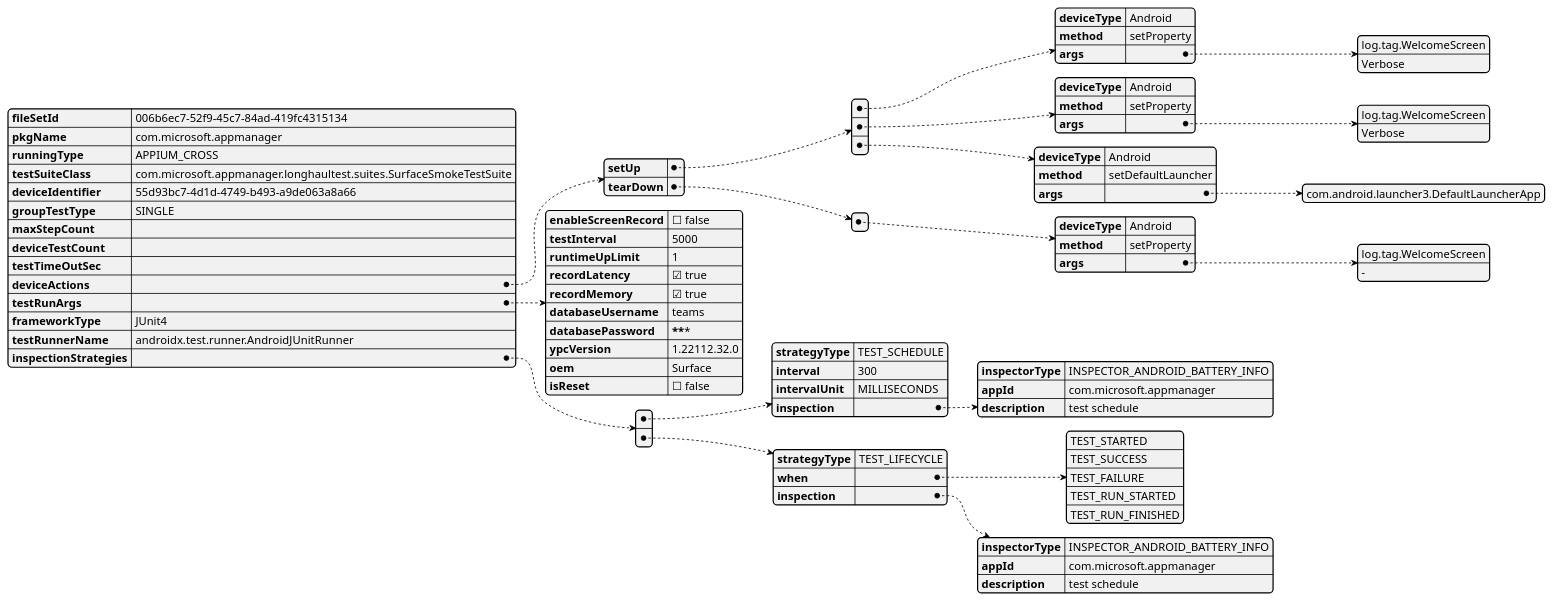
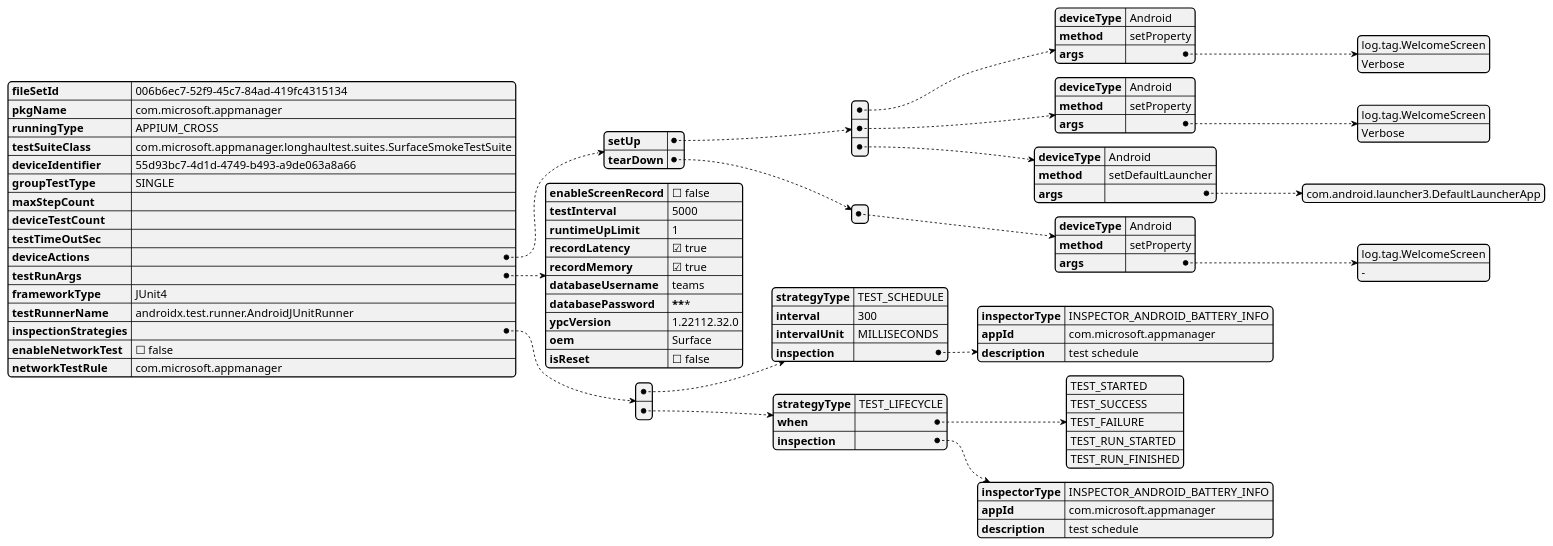
Before and after one commit to microsoft/HydraLab: the fourth of 6 diagrams in agent/doc/UML/test_runner_design.puml, drawn with PlantUML. The commit also changed 1 other file, not shown here.

```diff
--- a/agent/doc/UML/test_runner_design.puml
+++ b/agent/doc/UML/test_runner_design.puml
@@ -99,76 +99,78 @@
 @startjson test_task_spec_design
 {
     "fileSetId": "006b6ec7-52f9-45c7-84ad-419fc4315134",
     "pkgName": "com.microsoft.appmanager",
     "runningType": "APPIUM_CROSS",
     "testSuiteClass": "com.microsoft.appmanager.longhaultest.suites.SurfaceSmokeTestSuite",
     "deviceIdentifier": "55d93bc7-4d1d-4749-b493-a9de063a8a66",
     "groupTestType": "SINGLE",
     "maxStepCount": "",
     "deviceTestCount": "",
     "testTimeOutSec": "",
     "deviceActions":{
         "setUp":[{
             "deviceType":"Android",
             "method":"setProperty",
             "args": ["log.tag.WelcomeScreen","Verbose"]
         },
         {
             "deviceType":"Android",
             "method":"setProperty",
             "args": ["log.tag.WelcomeScreen","Verbose"]
         },
         {
             "deviceType":"Android",
             "method":"setDefaultLauncher",
             "args": ["com.android.launcher3.DefaultLauncherApp"]
         }],
         "tearDown":[{
             "deviceType":"Android",
             "method":"setProperty",
             "args": ["log.tag.WelcomeScreen","-"]
         }]
      },
     "testRunArgs": {
         "enableScreenRecord": false,
         "testInterval": 5000,
         "runtimeUpLimit": 1,
         "recordLatency": true,
         "recordMemory": true,
         "databaseUsername": "teams",
         "databasePassword": "***********",
         "ypcVersion": "1.22112.32.0",
         "oem": "Surface",
         "isReset": false
     },
     "frameworkType": "JUnit4",
     "testRunnerName": "androidx.test.runner.AndroidJUnitRunner",
     "inspectionStrategies": [
         {
             "strategyType": "TEST_SCHEDULE",
             "interval": 300,
             "intervalUnit": "MILLISECONDS",
             "inspection": {
                 "inspectorType": "INSPECTOR_ANDROID_BATTERY_INFO",
                 "appId": "com.microsoft.appmanager",
                 "description": "test schedule"
             }
         },
         {
              "strategyType": "TEST_LIFECYCLE",
              "when": [
                  "TEST_STARTED",
                  "TEST_SUCCESS",
                  "TEST_FAILURE",
                  "TEST_RUN_STARTED",
                  "TEST_RUN_FINISHED"
              ],
              "inspection": {
                  "inspectorType": "INSPECTOR_ANDROID_BATTERY_INFO",
                  "appId": "com.microsoft.appmanager",
                  "description": "test schedule"
              }
          }
-    ]
+    ],
+    "enableNetworkTest": false,
+    "networkTestRule": "com.microsoft.appmanager"
 }
 @endjson
```
